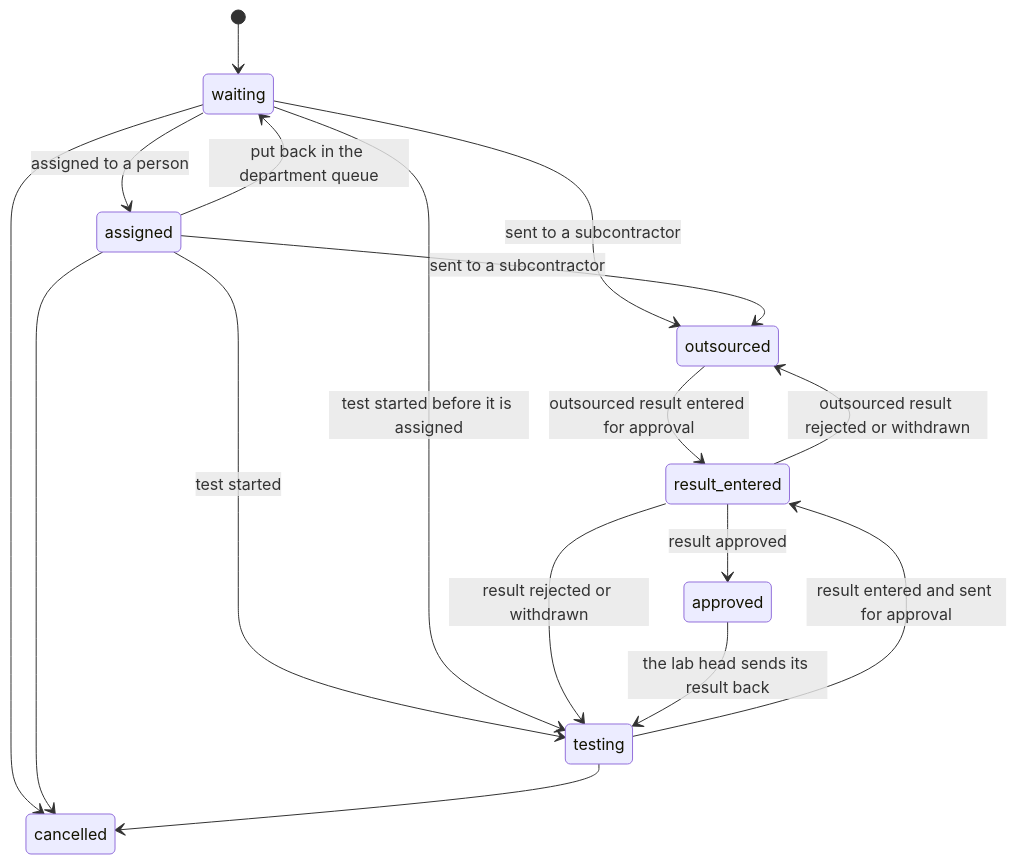
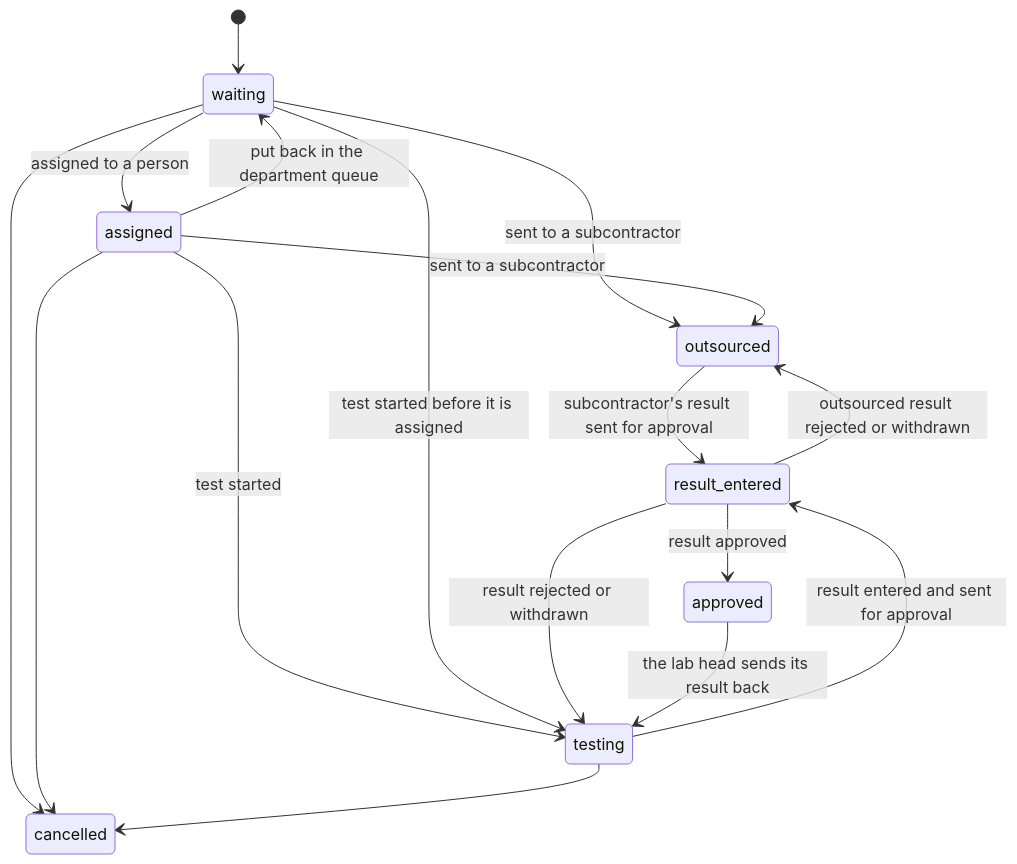
The fourth of 9 diagrams in docs/functional/laboratory_module/overview.md (SoltuneMontepre/medilab), drawn with Mermaid before and after one commit. The commit also changed other lines of this file and 119 other files, not shown here.

First line of the commit message:
Revert "[docs] Add the use case, context and conceptual ER diagrams (#495)"

````diff
--- a/docs/functional/laboratory_module/overview.md
+++ b/docs/functional/laboratory_module/overview.md
@@ -108,19 +108,19 @@
 ```mermaid
 stateDiagram-v2
     [*] --> waiting
     waiting --> assigned: assigned to a person
     assigned --> waiting: put back in the department queue
     waiting --> outsourced: sent to a subcontractor
     assigned --> outsourced: sent to a subcontractor
     assigned --> testing: test started
     waiting --> testing: test started before it is assigned
     testing --> result_entered: result entered and sent for approval
-    outsourced --> result_entered: outsourced result entered for approval
+    outsourced --> result_entered: subcontractor's result sent for approval
     result_entered --> outsourced: outsourced result rejected or withdrawn
     result_entered --> testing: result rejected or withdrawn
     result_entered --> approved: result approved
     approved --> testing: the lab head sends its result back
     waiting --> cancelled
     assigned --> cancelled
     testing --> cancelled
 ```
````
